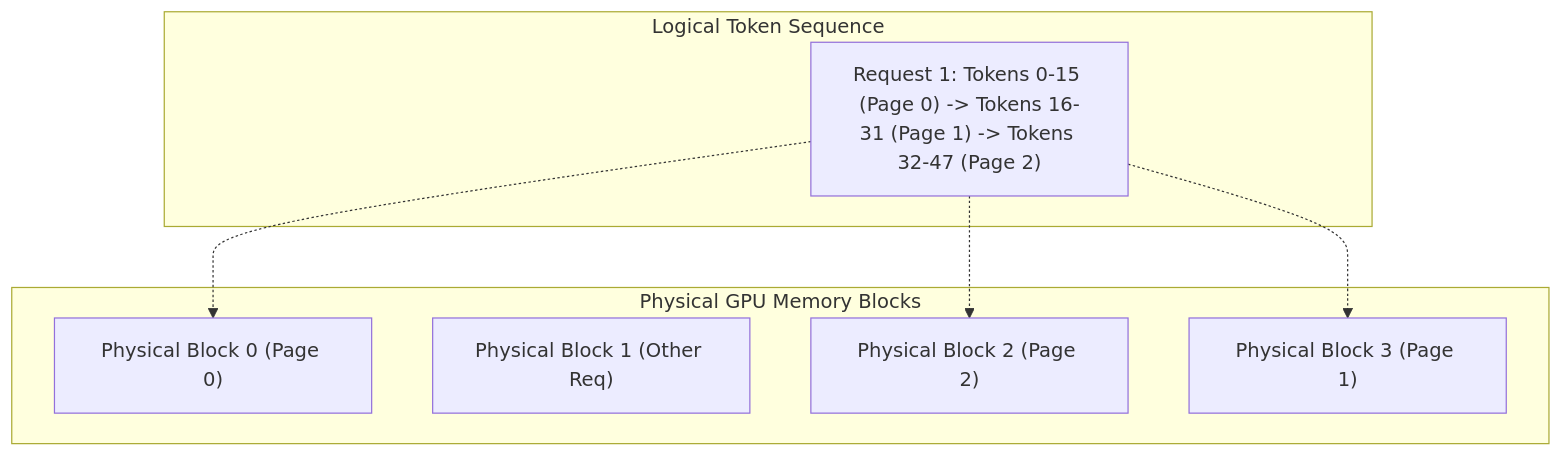
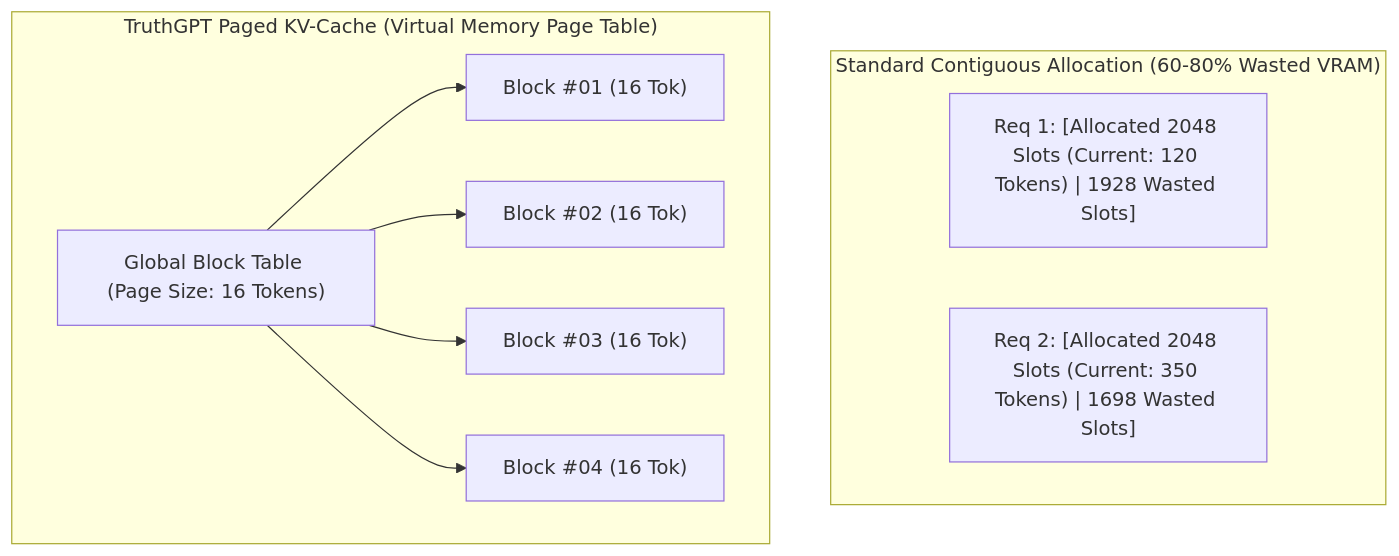
Before and after one commit to OpenBlatam/Truthgpt: the diagram in docs/optimization/kv_cache.md, drawn with Mermaid. The commit also changed other lines of this file and 2 other files, not shown here.

Commit message:
docs: sync kv_cache optimization and custom agent tutorials

````diff
--- a/docs/optimization/kv_cache.md
+++ b/docs/optimization/kv_cache.md
@@ -15,17 +11,15 @@
 ```mermaid
 graph TD
-    subgraph "Logical Token Sequence"
-        Req1["Request 1: Tokens 0-15 (Page 0) -> Tokens 16-31 (Page 1) -> Tokens 32-47 (Page 2)"]
+    subgraph "Standard Contiguous Allocation (60-80% Wasted VRAM)"
+        ALLOC1["Req 1: [Allocated 2048 Slots (Current: 120 Tokens) | 1928 Wasted Slots]"]
+        ALLOC2["Req 2: [Allocated 2048 Slots (Current: 350 Tokens) | 1698 Wasted Slots]"]
     end
 
-    subgraph "Physical GPU Memory Blocks"
-        Block0["Physical Block 0 (Page 0)"]
-        Block1["Physical Block 1 (Other Req)"]
-        Block2["Physical Block 2 (Page 2)"]
-        Block3["Physical Block 3 (Page 1)"]
+    subgraph "TruthGPT Paged KV-Cache (Virtual Memory Page Table)"
+        PT["Global Block Table (Page Size: 16 Tokens)"]
+        PT --> B1["Block #01 (16 Tok)"]
+        PT --> B2["Block #02 (16 Tok)"]
+        PT --> B3["Block #03 (16 Tok)"]
+        PT --> B4["Block #04 (16 Tok)"]
     end
-
-    Req1 -.-> Block0
-    Req1 -.-> Block3
-    Req1 -.-> Block2
 ```
````
